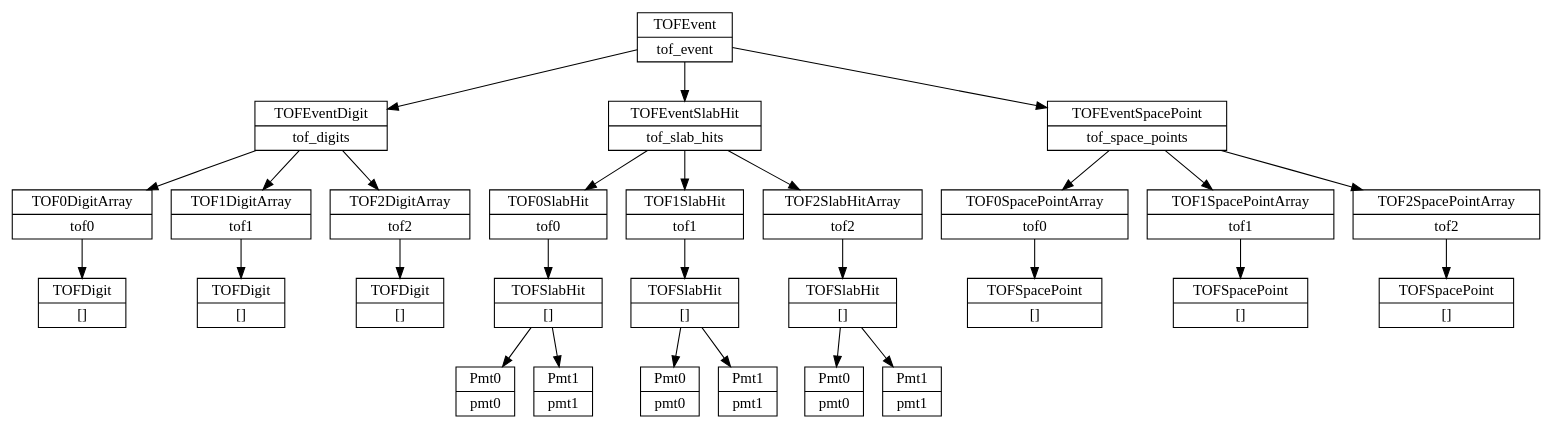
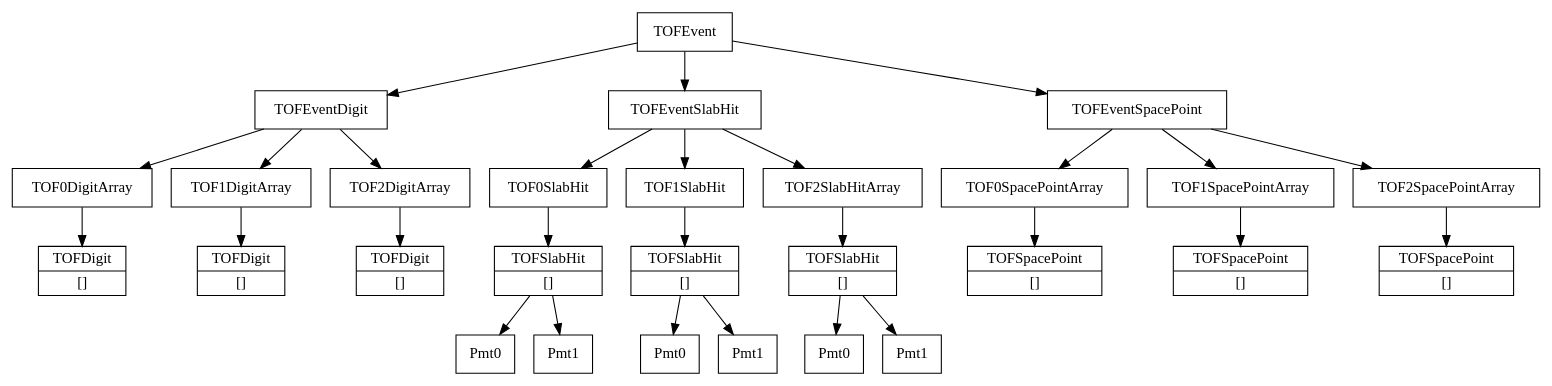
Before and after one commit to durgarajaram/maus-software-paper: the diagram in figs/tof_datastructure.dot, drawn with Graphviz. The commit also changed 21 other files, not shown here.

```diff
--- a/figs/tof_datastructure.dot
+++ b/figs/tof_datastructure.dot
@@ -1,61 +1,61 @@
 // generate using "dot tof_datastructure.dot -Tpdf -o tof_datastructure.pdf"
 
 digraph G {
   node [shape=record];
-  tof_event [shape=record, label="{TOFEvent|tof_event}"]
-    tof_event_tof_digits [shape=record, label="{TOFEventDigit|tof_digits}"]
-      tof_event_tof_digits_tof0 [shape=record, label="{TOF0DigitArray|tof0}"]
+  tof_event [shape=record, label="{TOFEvent}"]
+    tof_event_tof_digits [shape=record, label="{TOFEventDigit}"]
+      tof_event_tof_digits_tof0 [shape=record, label="{TOF0DigitArray}"]
       tof_event_tof_digits_tof0_array_item [shape=record, label="{TOFDigit|[]}"]
-      tof_event_tof_digits_tof1 [shape=record, label="{TOF1DigitArray|tof1}"]
+      tof_event_tof_digits_tof1 [shape=record, label="{TOF1DigitArray}"]
       tof_event_tof_digits_tof1_array_item [shape=record, label="{TOFDigit|[]}"]
-      tof_event_tof_digits_tof2 [shape=record, label="{TOF2DigitArray|tof2}"]
+      tof_event_tof_digits_tof2 [shape=record, label="{TOF2DigitArray}"]
       tof_event_tof_digits_tof2_array_item [shape=record, label="{TOFDigit|[]}"]
-    tof_event_tof_slab_hits [shape=record, label="{TOFEventSlabHit|tof_slab_hits}"]
-      tof_event_tof_slab_hits_tof0 [shape=record, label="{TOF0SlabHit|tof0}"]
+    tof_event_tof_slab_hits [shape=record, label="{TOFEventSlabHit}"]
+      tof_event_tof_slab_hits_tof0 [shape=record, label="{TOF0SlabHit}"]
       tof_event_tof_slab_hits_tof0_array_item [shape=record, label="{TOFSlabHit|[]}"]
-        tof_event_tof_slab_hits_tof0_array_item_pmt0 [shape=record, label="{Pmt0|pmt0}"]
-        tof_event_tof_slab_hits_tof0_array_item_pmt1 [shape=record, label="{Pmt1|pmt1}"]
-      tof_event_tof_slab_hits_tof1 [shape=record, label="{TOF1SlabHit|tof1}"]
+        tof_event_tof_slab_hits_tof0_array_item_pmt0 [shape=record, label="{Pmt0}"]
+        tof_event_tof_slab_hits_tof0_array_item_pmt1 [shape=record, label="{Pmt1}"]
+      tof_event_tof_slab_hits_tof1 [shape=record, label="{TOF1SlabHit}"]
       tof_event_tof_slab_hits_tof1_array_item [shape=record, label="{TOFSlabHit|[]}"]
-        tof_event_tof_slab_hits_tof1_array_item_pmt0 [shape=record, label="{Pmt0|pmt0}"]
-        tof_event_tof_slab_hits_tof1_array_item_pmt1 [shape=record, label="{Pmt1|pmt1}"]
-      tof_event_tof_slab_hits_tof2 [shape=record, label="{TOF2SlabHitArray|tof2}"]
+        tof_event_tof_slab_hits_tof1_array_item_pmt0 [shape=record, label="{Pmt0}"]
+        tof_event_tof_slab_hits_tof1_array_item_pmt1 [shape=record, label="{Pmt1}"]
+      tof_event_tof_slab_hits_tof2 [shape=record, label="{TOF2SlabHitArray}"]
       tof_event_tof_slab_hits_tof2_array_item [shape=record, label="{TOFSlabHit|[]}"]
-        tof_event_tof_slab_hits_tof2_array_item_pmt0 [shape=record, label="{Pmt0|pmt0}"]
-        tof_event_tof_slab_hits_tof2_array_item_pmt1 [shape=record, label="{Pmt1|pmt1}"]
-    tof_event_tof_space_points [shape=record, label="{TOFEventSpacePoint|tof_space_points}"]
-      tof_event_tof_space_points_tof0 [shape=record, label="{TOF0SpacePointArray|tof0}"]
+        tof_event_tof_slab_hits_tof2_array_item_pmt0 [shape=record, label="{Pmt0}"]
+        tof_event_tof_slab_hits_tof2_array_item_pmt1 [shape=record, label="{Pmt1}"]
+    tof_event_tof_space_points [shape=record, label="{TOFEventSpacePoint}"]
+      tof_event_tof_space_points_tof0 [shape=record, label="{TOF0SpacePointArray}"]
       tof_event_tof_space_points_tof0_array_item [shape=record, label="{TOFSpacePoint|[]}"]
-      tof_event_tof_space_points_tof1 [shape=record, label="{TOF1SpacePointArray|tof1}"]
+      tof_event_tof_space_points_tof1 [shape=record, label="{TOF1SpacePointArray}"]
       tof_event_tof_space_points_tof1_array_item [shape=record, label="{TOFSpacePoint|[]}"]
-      tof_event_tof_space_points_tof2 [shape=record, label="{TOF2SpacePointArray|tof2}"]
+      tof_event_tof_space_points_tof2 [shape=record, label="{TOF2SpacePointArray}"]
       tof_event_tof_space_points_tof2_array_item [shape=record, label="{TOFSpacePoint|[]}"]
 
     tof_event -> tof_event_tof_digits
     tof_event -> tof_event_tof_slab_hits
     tof_event -> tof_event_tof_space_points
     tof_event_tof_digits -> tof_event_tof_digits_tof0
     tof_event_tof_digits -> tof_event_tof_digits_tof1
     tof_event_tof_digits -> tof_event_tof_digits_tof2
       tof_event_tof_digits_tof0 -> tof_event_tof_digits_tof0_array_item
       tof_event_tof_digits_tof1 -> tof_event_tof_digits_tof1_array_item
       tof_event_tof_digits_tof2 -> tof_event_tof_digits_tof2_array_item
     tof_event_tof_slab_hits -> tof_event_tof_slab_hits_tof0
     tof_event_tof_slab_hits -> tof_event_tof_slab_hits_tof1
     tof_event_tof_slab_hits -> tof_event_tof_slab_hits_tof2
       tof_event_tof_slab_hits_tof0 -> tof_event_tof_slab_hits_tof0_array_item
       tof_event_tof_slab_hits_tof0_array_item -> tof_event_tof_slab_hits_tof0_array_item_pmt0
       tof_event_tof_slab_hits_tof0_array_item -> tof_event_tof_slab_hits_tof0_array_item_pmt1
       tof_event_tof_slab_hits_tof1 -> tof_event_tof_slab_hits_tof1_array_item
       tof_event_tof_slab_hits_tof1_array_item -> tof_event_tof_slab_hits_tof1_array_item_pmt0
       tof_event_tof_slab_hits_tof1_array_item -> tof_event_tof_slab_hits_tof1_array_item_pmt1
       tof_event_tof_slab_hits_tof2 -> tof_event_tof_slab_hits_tof2_array_item
       tof_event_tof_slab_hits_tof2_array_item -> tof_event_tof_slab_hits_tof2_array_item_pmt0
       tof_event_tof_slab_hits_tof2_array_item -> tof_event_tof_slab_hits_tof2_array_item_pmt1
     tof_event_tof_space_points -> tof_event_tof_space_points_tof0
     tof_event_tof_space_points -> tof_event_tof_space_points_tof1
     tof_event_tof_space_points -> tof_event_tof_space_points_tof2
       tof_event_tof_space_points_tof0 -> tof_event_tof_space_points_tof0_array_item
       tof_event_tof_space_points_tof1 -> tof_event_tof_space_points_tof1_array_item
       tof_event_tof_space_points_tof2 -> tof_event_tof_space_points_tof2_array_item
 }
```
